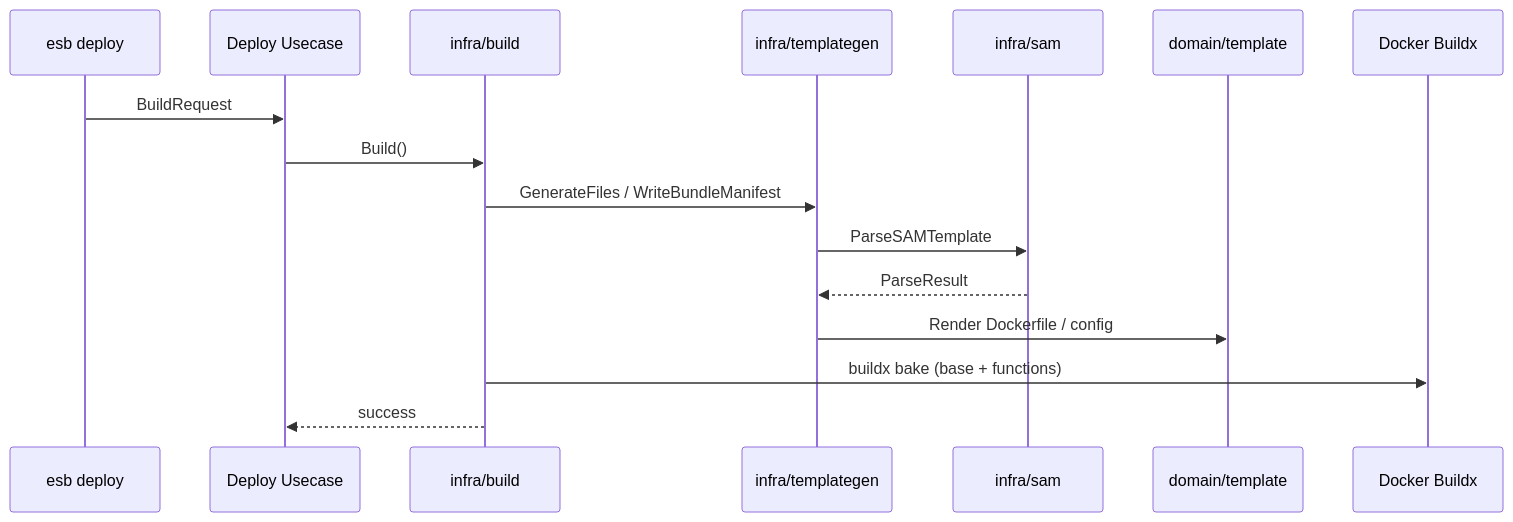
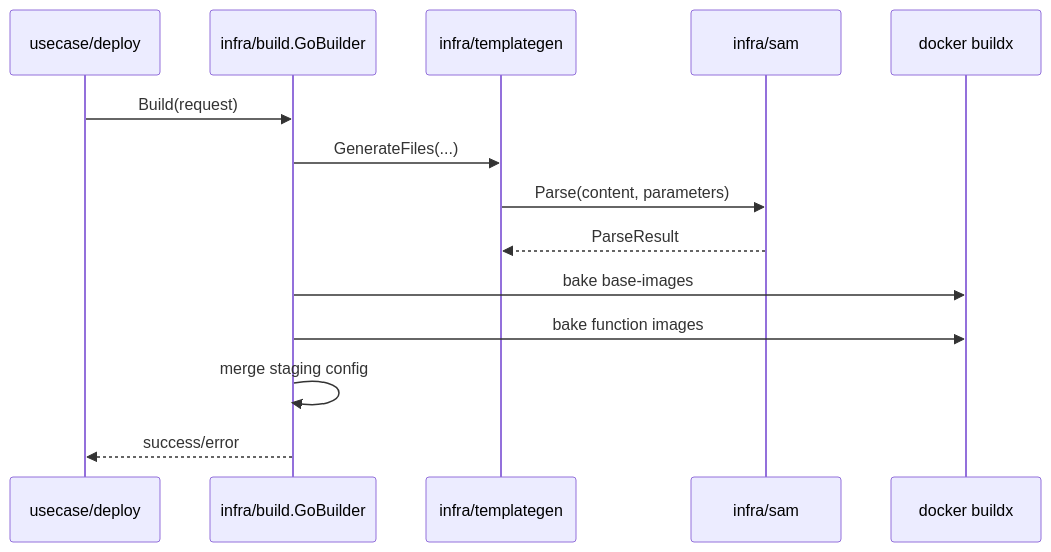
The diagram in docs/build.md (poruru-code/esb-cli), drawn with Mermaid before and after one commit. The commit also changed other lines of this file and 10 other files, not shown here.

````diff
--- a/docs/build.md
+++ b/docs/build.md
@@ -30,19 +28,17 @@
 ```mermaid
 sequenceDiagram
-    participant CLI as esb deploy
-    participant UC as Deploy Usecase
-    participant Build as infra/build
-    participant TGen as infra/templategen
-    participant SAM as infra/sam
-    participant Tpl as domain/template
-    participant Docker as Docker Buildx
+    participant UC as usecase/deploy
+    participant B as infra/build.GoBuilder
+    participant G as infra/templategen
+    participant S as infra/sam
+    participant DX as docker buildx
 
-    CLI->>UC: BuildRequest
-    UC->>Build: Build()
-    Build->>TGen: GenerateFiles / WriteBundleManifest
-    TGen->>SAM: ParseSAMTemplate
-    SAM-->>TGen: ParseResult
-    TGen->>Tpl: Render Dockerfile / config
-    Build->>Docker: buildx bake (base + functions)
-    Build-->>UC: success
+    UC->>B: Build(request)
+    B->>G: GenerateFiles(...)
+    G->>S: Parse(content, parameters)
+    S-->>G: ParseResult
+    B->>DX: bake base-images
+    B->>DX: bake function images
+    B->>B: merge staging config
+    B-->>UC: success/error
 ```
````
